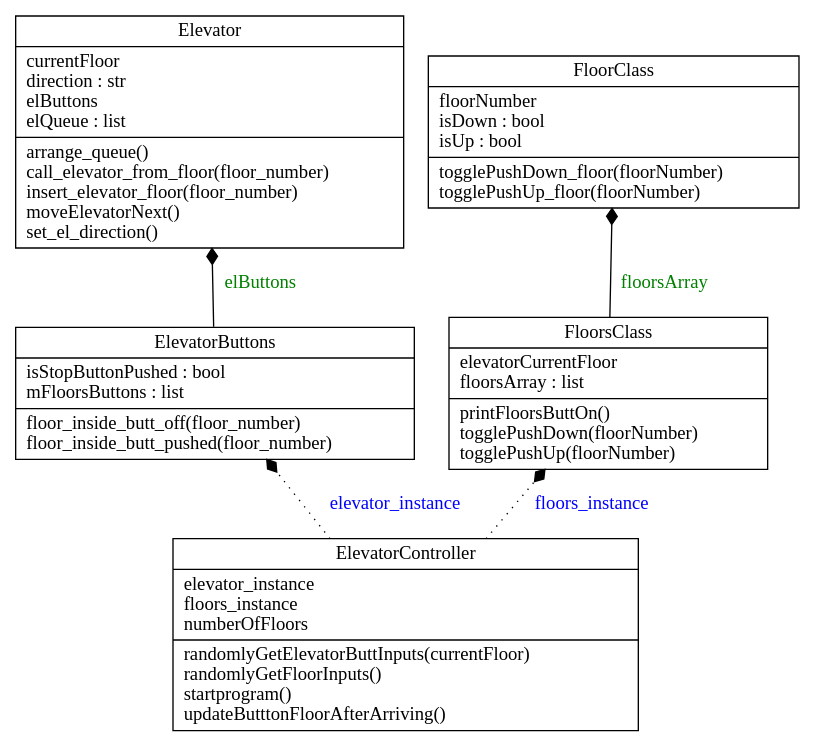
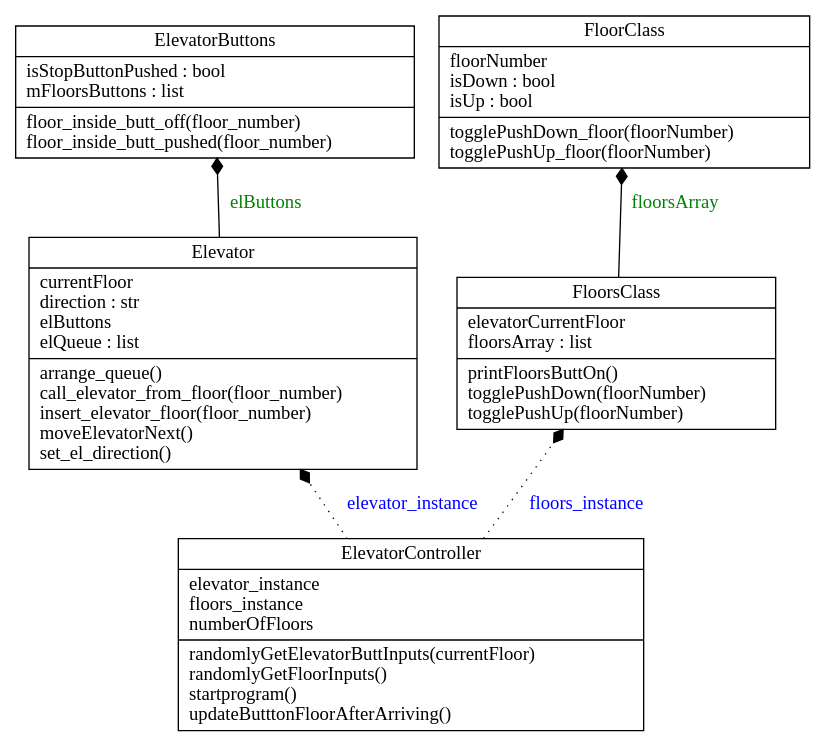
One commit to rtgfd157/ElevatorControllerProj changed the diagram in diagram/classes_myUML.dot. Above: the diagram before and after it, drawn with Graphviz. The commit also changed 6 other files, not shown here.

Commit message:
diagram and class update

```diff
--- a/diagram/classes_myUML.dot
+++ b/diagram/classes_myUML.dot
@@ -1,14 +1,14 @@
 digraph "classes_myUML" {
 charset="utf-8"
 rankdir=BT
 "0" [label="{Elevator|currentFloor\ldirection : str\lelButtons\lelQueue : list\l|arrange_queue()\lcall_elevator_from_floor(floor_number)\linsert_elevator_floor(floor_number)\lmoveElevatorNext()\lset_el_direction()\l}", shape="record"];
 "1" [label="{ElevatorButtons|isStopButtonPushed : bool\lmFloorsButtons : list\l|floor_inside_butt_off(floor_number)\lfloor_inside_butt_pushed(floor_number)\l}", shape="record"];
 "2" [label="{ElevatorController|elevator_instance\lfloors_instance\lnumberOfFloors\l|randomlyGetElevatorButtInputs(currentFloor)\lrandomlyGetFloorInputs()\lstartprogram()\lupdateButttonFloorAfterArriving()\l}", shape="record"];
 "3" [label="{FloorClass|floorNumber\lisDown : bool\lisUp : bool\l|togglePushDown_floor(floorNumber)\ltogglePushUp_floor(floorNumber)\l}", shape="record"];
 "4" [label="{FloorsClass|elevatorCurrentFloor\lfloorsArray : list\l|printFloorsButtOn()\ltogglePushDown(floorNumber)\ltogglePushUp(floorNumber)\l}", shape="record"];
-"1" -> "0" [arrowhead="diamond", arrowtail="none", fontcolor="green", label="elButtons", style="solid"];
+"0" -> "1" [arrowhead="diamond", arrowtail="none", fontcolor="green", label="elButtons", style="solid"];
 "4" -> "3" [arrowhead="diamond", arrowtail="none", fontcolor="green", label="floorsArray", style="solid"];
 
-"2" -> "1" [arrowhead="diamond", arrowtail="none", fontcolor="blue", label="elevator_instance", style="dotted"];
+"2" -> "0" [arrowhead="diamond", arrowtail="none", fontcolor="blue", label="elevator_instance", style="dotted"];
 "2" -> "4" [arrowhead="diamond", arrowtail="none", fontcolor="blue", label="floors_instance", style="dotted"];
 }
```
